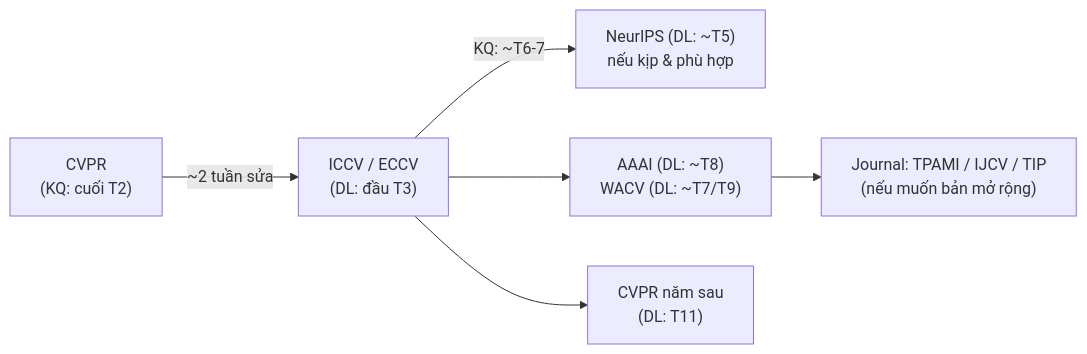
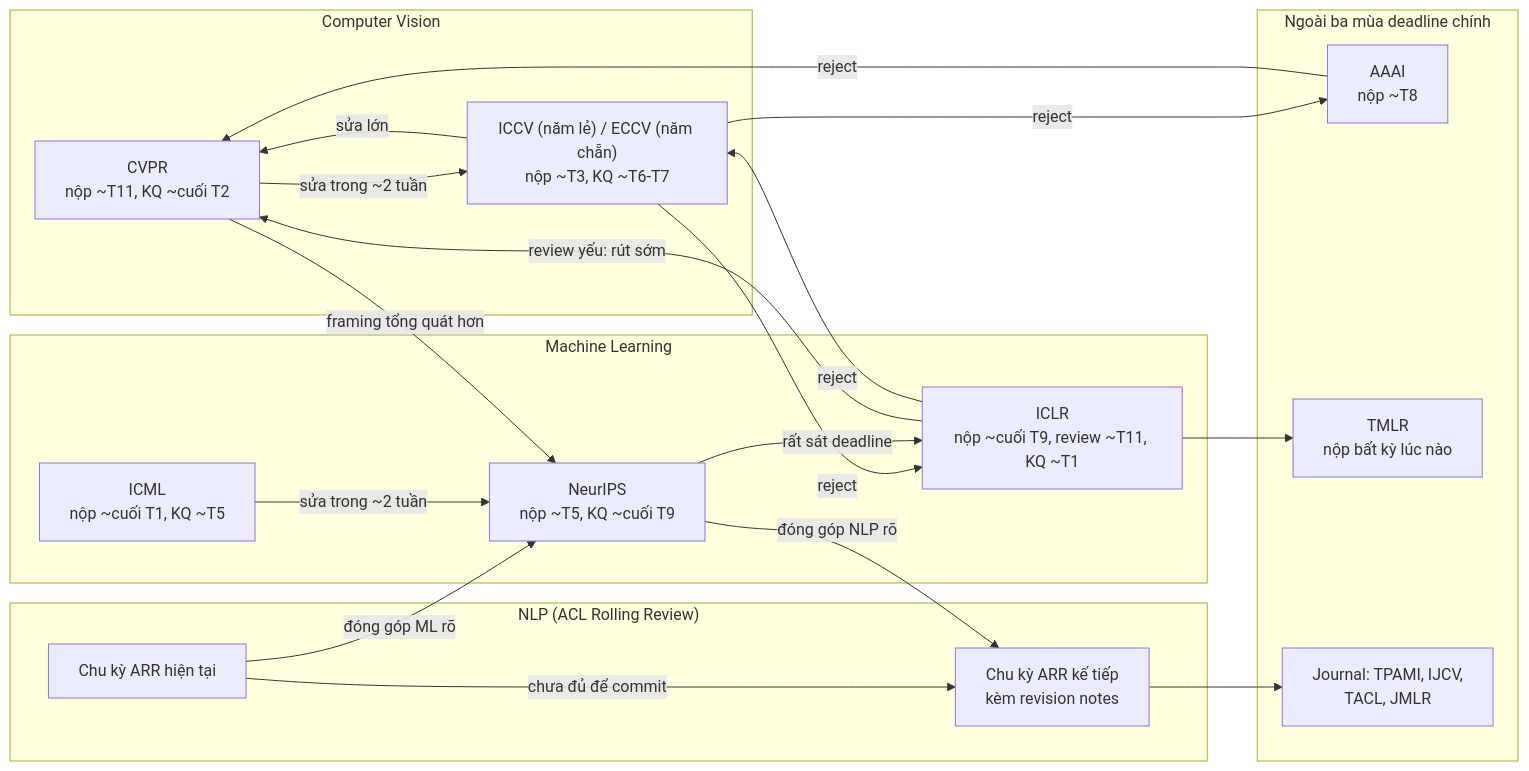
The diagram in docs/04-nop-va-sau-nop/reject.md (tuandung222/How-to-write-Astar-Paper), drawn with Mermaid before and after one commit. The commit also changed other lines of this file and 17 other files, not shown here.

````diff
--- a/docs/04-nop-va-sau-nop/reject.md
+++ b/docs/04-nop-va-sau-nop/reject.md
@@ -26,8 +62,36 @@
 ```mermaid
 flowchart LR
-  CVPR["CVPR<br/>(KQ: cuối T2)"] -->|"~2 tuần sửa"| ICCV_ECCV["ICCV / ECCV<br/>(DL: đầu T3)"]
-  ICCV_ECCV -->|"KQ: ~T6-7"| NeurIPS["NeurIPS (DL: ~T5)<br/>nếu kịp & phù hợp"]
-  ICCV_ECCV --> AAAI["AAAI (DL: ~T8)<br/>WACV (DL: ~T7/T9)"]
-  ICCV_ECCV --> CVPR2["CVPR năm sau<br/>(DL: T11)"]
-  AAAI --> J["Journal: TPAMI / IJCV / TIP<br/>(nếu muốn bản mở rộng)"]
+  subgraph CVG["Computer Vision"]
+    CVPR["CVPR<br/>nộp ~T11, KQ ~cuối T2"]
+    IE["ICCV (năm lẻ) / ECCV (năm chẵn)<br/>nộp ~T3, KQ ~T6-T7"]
+  end
+  subgraph MLG["Machine Learning"]
+    ICML["ICML<br/>nộp ~cuối T1, KQ ~T5"]
+    NIPS["NeurIPS<br/>nộp ~T5, KQ ~cuối T9"]
+    ICLR["ICLR<br/>nộp ~cuối T9, review ~T11, KQ ~T1"]
+  end
+  subgraph NLPG["NLP (ACL Rolling Review)"]
+    ARR["Chu kỳ ARR hiện tại"]
+    ARR2["Chu kỳ ARR kế tiếp<br/>kèm revision notes"]
+  end
+  subgraph OTH["Ngoài ba mùa deadline chính"]
+    AAAI["AAAI<br/>nộp ~T8"]
+    TMLR["TMLR<br/>nộp bất kỳ lúc nào"]
+    JNL["Journal: TPAMI, IJCV,<br/>TACL, JMLR"]
+  end
+  CVPR -->|"sửa trong ~2 tuần"| IE
+  CVPR -->|"framing tổng quát hơn"| NIPS
+  IE -->|"reject"| AAAI
+  IE -->|"reject"| ICLR
+  IE -->|"sửa lớn"| CVPR
+  ICML -->|"sửa trong ~2 tuần"| NIPS
+  NIPS -->|"rất sát deadline"| ICLR
+  NIPS -->|"đóng góp NLP rõ"| ARR2
+  ICLR -->|"review yếu: rút sớm"| CVPR
+  ICLR -->|"reject"| IE
+  ARR -->|"chưa đủ để commit"| ARR2
+  ARR -->|"đóng góp ML rõ"| NIPS
+  AAAI -->|"reject"| CVPR
+  ARR2 --> JNL
+  ICLR --> TMLR
 ```
````
